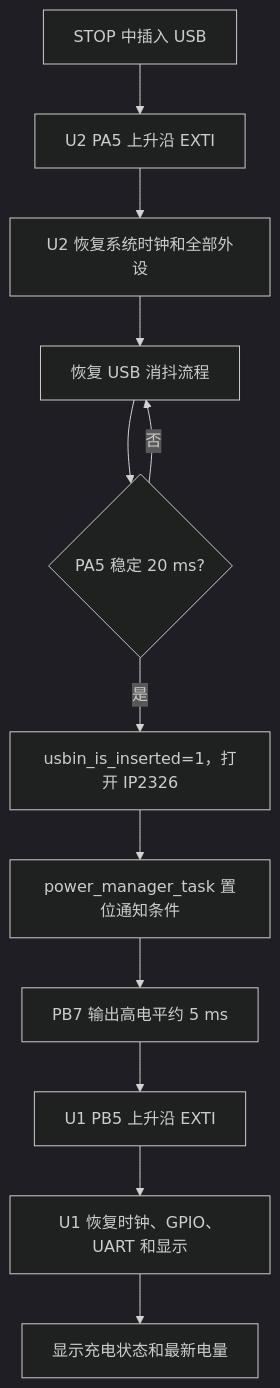
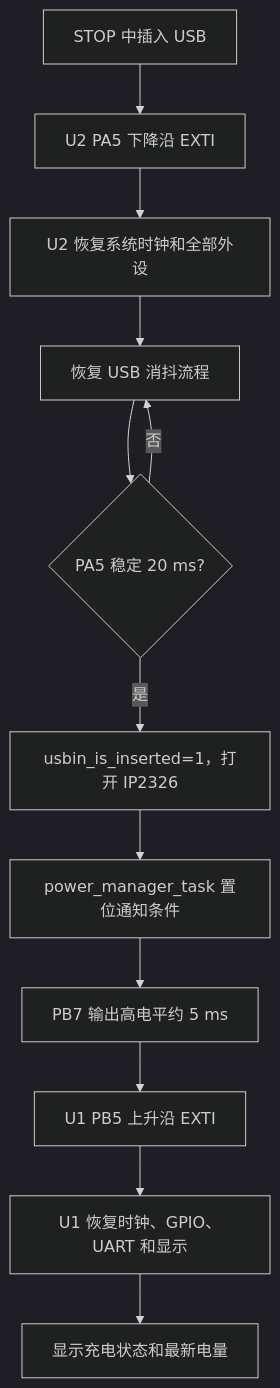
The fourth of 4 diagrams in docs/02-休眠与唤醒逻辑.md (renletao/xn), drawn with Mermaid (dark theme) before and after one commit. The commit also changed other lines of this file and 10 other files, not shown here.

````diff
--- a/docs/02-休眠与唤醒逻辑.md
+++ b/docs/02-休眠与唤醒逻辑.md
@@ -119,14 +119,14 @@
 ```mermaid
 flowchart TD
-    A[STOP 中插入 USB] --> B[U2 PA5 上升沿 EXTI]
+    A[STOP 中插入 USB] --> B[U2 PA5 下降沿 EXTI]
     B --> C[U2 恢复系统时钟和全部外设]
     C --> D[恢复 USB 消抖流程]
     D --> E{PA5 稳定 20 ms?}
     E -- 否 --> D
     E -- 是 --> F[usbin_is_inserted=1，打开 IP2326]
     F --> G[power_manager_task 置位通知条件]
     G --> H[PB7 输出高电平约 5 ms]
     H --> I[U1 PB5 上升沿 EXTI]
     I --> J[U1 恢复时钟、GPIO、UART 和显示]
     J --> K[显示充电状态和最新电量]
 ```
````
